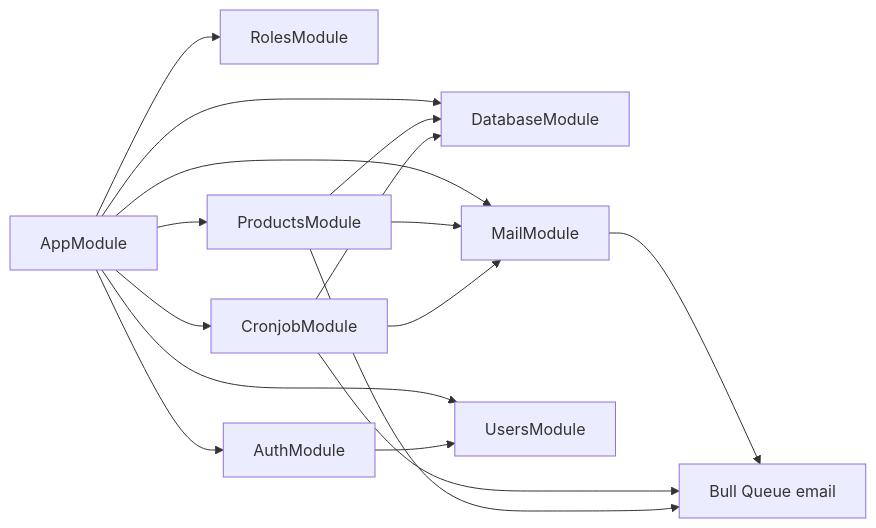
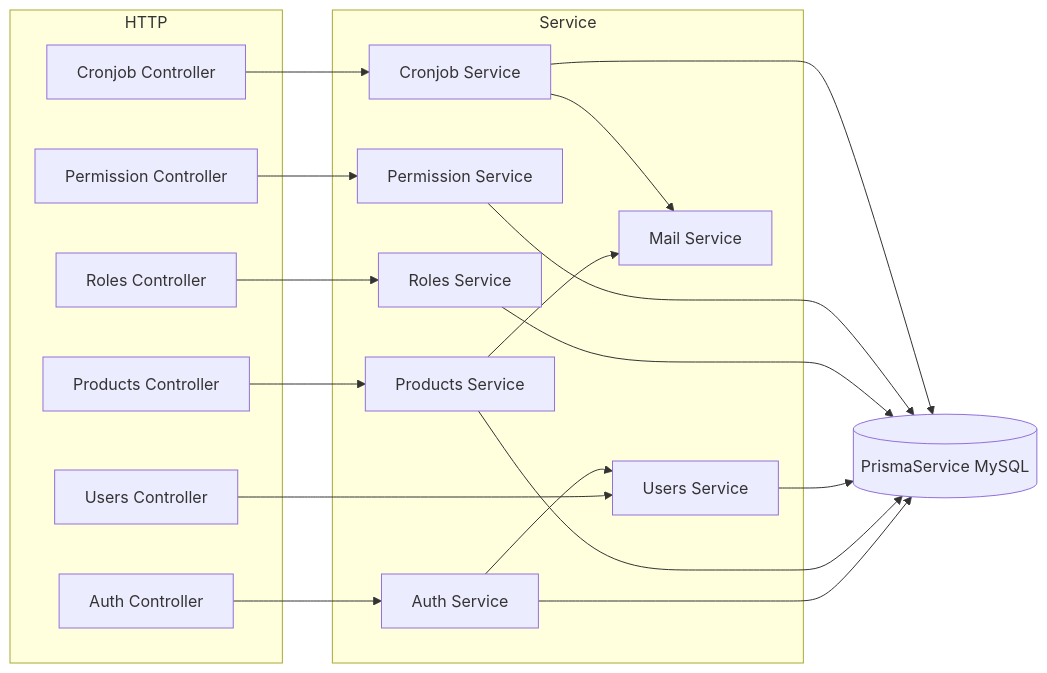
One commit to nhatnv2-vnext/llm-wiki changed the second of 5 diagrams in 02_Wiki/03_Architecture/laptop-shop_Architecture.md. Above: the diagram before and after it, drawn with Mermaid. The commit also changed other lines of this file and 16 other files, not shown here.

````diff
--- a/02_Wiki/03_Architecture/laptop-shop_Architecture.md
+++ b/02_Wiki/03_Architecture/laptop-shop_Architecture.md
@@ -67,18 +58,35 @@
 ```mermaid
 graph LR
-    App[AppModule] --> Database[DatabaseModule]
-    App --> Mail[MailModule]
-    App --> Users[UsersModule]
-    App --> Roles[RolesModule]
-    App --> Products[ProductsModule]
-    App --> Auth[AuthModule]
-    App --> Cronjob[CronjobModule]
-    Auth --> Users
-    Products --> Mail
-    Products --> Database
-    Cronjob --> Mail
-    Cronjob --> Database
-    Mail --> Queue[Bull Queue email]
-    Cronjob --> Queue
-    Products --> Queue
+    subgraph HTTP
+        AC[Auth Controller]
+        PC[Products Controller]
+        UC[Users Controller]
+        RC[Roles Controller]
+        PMC[Permission Controller]
+        CC[Cronjob Controller]
+    end
+    subgraph Service
+        AS[Auth Service]
+        PS[Products Service]
+        US[Users Service]
+        RS[Roles Service]
+        PMS[Permission Service]
+        CS[Cronjob Service]
+        MS[Mail Service]
+    end
+    AC --> AS
+    PC --> PS
+    UC --> US
+    RC --> RS
+    PMC --> PMS
+    CC --> CS
+    AS --> US
+    PS --> MS
+    CS --> MS
+    AS --> Prisma[(PrismaService MySQL)]
+    PS --> Prisma
+    US --> Prisma
+    RS --> Prisma
+    PMS --> Prisma
+    CS --> Prisma
 ```
````
